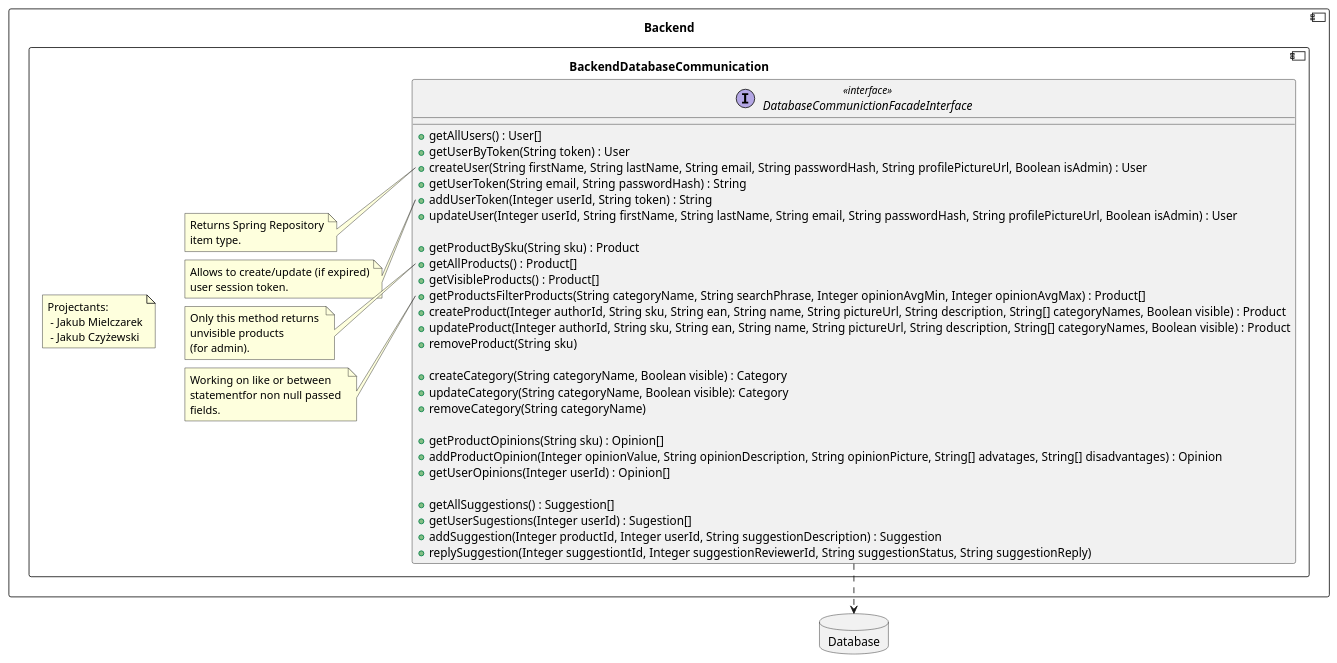
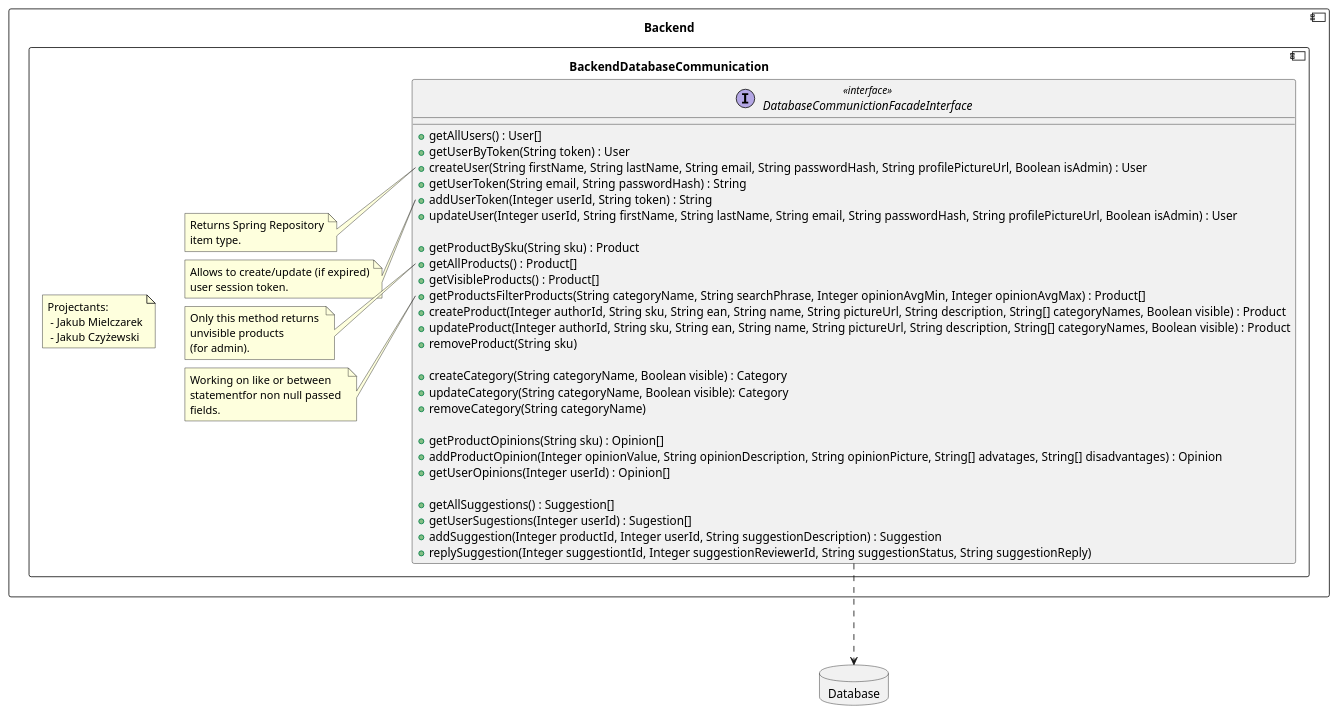
The diagram in backend/BackendDatabaseCommunication.md (RadekBucki/OpinionCollectorArchitecture), drawn with PlantUML before and after one commit. The commit also changed 3 other files, not shown here.

````diff
--- a/backend/BackendDatabaseCommunication.md
+++ b/backend/BackendDatabaseCommunication.md
@@ -3,69 +3,69 @@
 ```plantuml
 @startuml
 
 database Database {
 }
 component Backend {
     component BackendDatabaseCommunication {
         note as Authors
             Projectants: 
              - Jakub Mielczarek
              - Jakub Czyżewski
         endnote
         interface DatabaseCommunictionFacadeInterface <<interface>> {
             + getAllUsers() : User[]
             + getUserByToken(String token) : User
             + createUser(String firstName, String lastName, String email, String passwordHash, String profilePictureUrl, Boolean isAdmin) : User
             + getUserToken(String email, String passwordHash) : String
             + addUserToken(Integer userId, String token) : String
             + updateUser(Integer userId, String firstName, String lastName, String email, String passwordHash, String profilePictureUrl, Boolean isAdmin) : User
         
             + getProductBySku(String sku) : Product
             + getAllProducts() : Product[]
             + getVisibleProducts() : Product[]
             + getProductsFilterProducts(String categoryName, String searchPhrase, Integer opinionAvgMin, Integer opinionAvgMax) : Product[]
             + createProduct(Integer authorId, String sku, String ean, String name, String pictureUrl, String description, String[] categoryNames, Boolean visible) : Product
             + updateProduct(Integer authorId, String sku, String ean, String name, String pictureUrl, String description, String[] categoryNames, Boolean visible) : Product
             + removeProduct(String sku)
 
             + createCategory(String categoryName, Boolean visible) : Category
             + updateCategory(String categoryName, Boolean visible): Category
             + removeCategory(String categoryName)
             
             + getProductOpinions(String sku) : Opinion[]
             + addProductOpinion(Integer opinionValue, String opinionDescription, String opinionPicture, String[] advatages, String[] disadvantages) : Opinion
             + getUserOpinions(Integer userId) : Opinion[]
             
             + getAllSuggestions() : Suggestion[]
             + getUserSugestions(Integer userId) : Sugestion[]
             + addSuggestion(Integer productId, Integer userId, String suggestionDescription) : Suggestion
             + replySuggestion(Integer suggestiontId, Integer suggestionReviewerId, String suggestionStatus, String suggestionReply)
         }
         note left of DatabaseCommunictionFacadeInterface::createUser
             Returns Spring Repository
             item type.
         endnote
         
         note left of DatabaseCommunictionFacadeInterface::addUserToken
             Allows to create/update (if expired)
             user session token.
         endnote
         
         note left of DatabaseCommunictionFacadeInterface::getAllProducts
             Only this method returns 
             unvisible products
             (for admin).
         endnote
         
         note left of DatabaseCommunictionFacadeInterface::getProductsFilterProducts
             Working on like or between 
             statementfor non null passed 
             fields.
         endnote
     }
 }
 
-DatabaseCommunictionFacadeInterface ..> Database
+DatabaseCommunictionFacadeInterface ...> Database
 
 @enduml 
 ```
````
